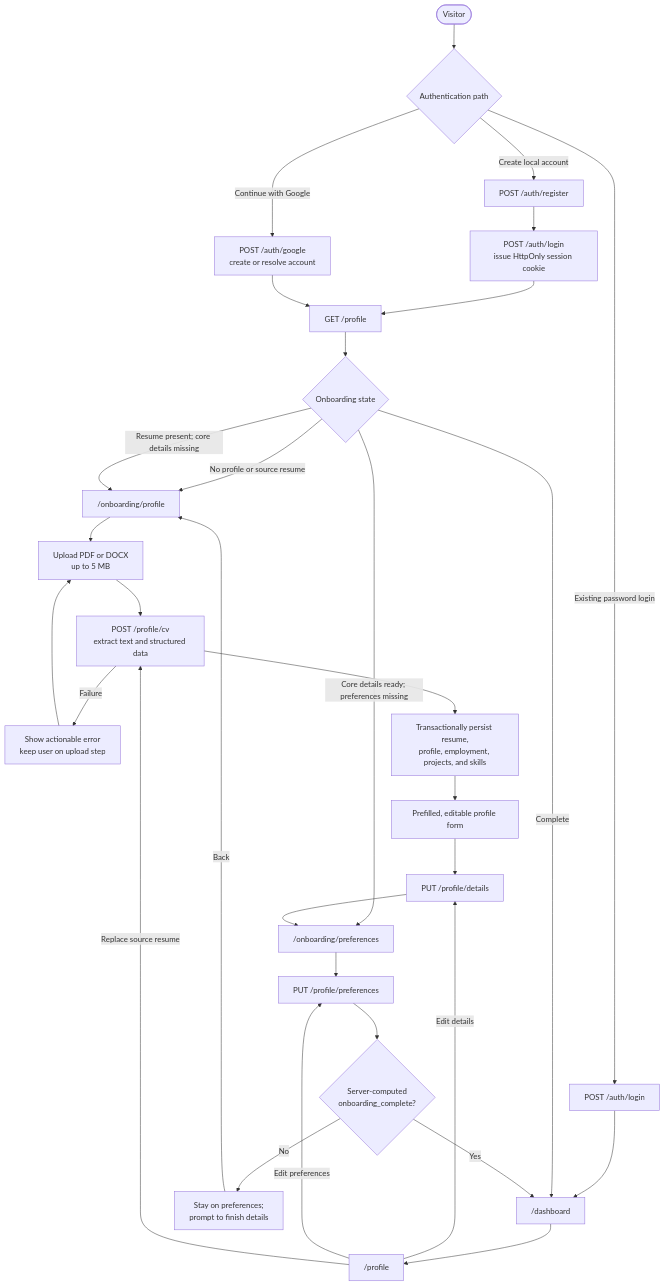
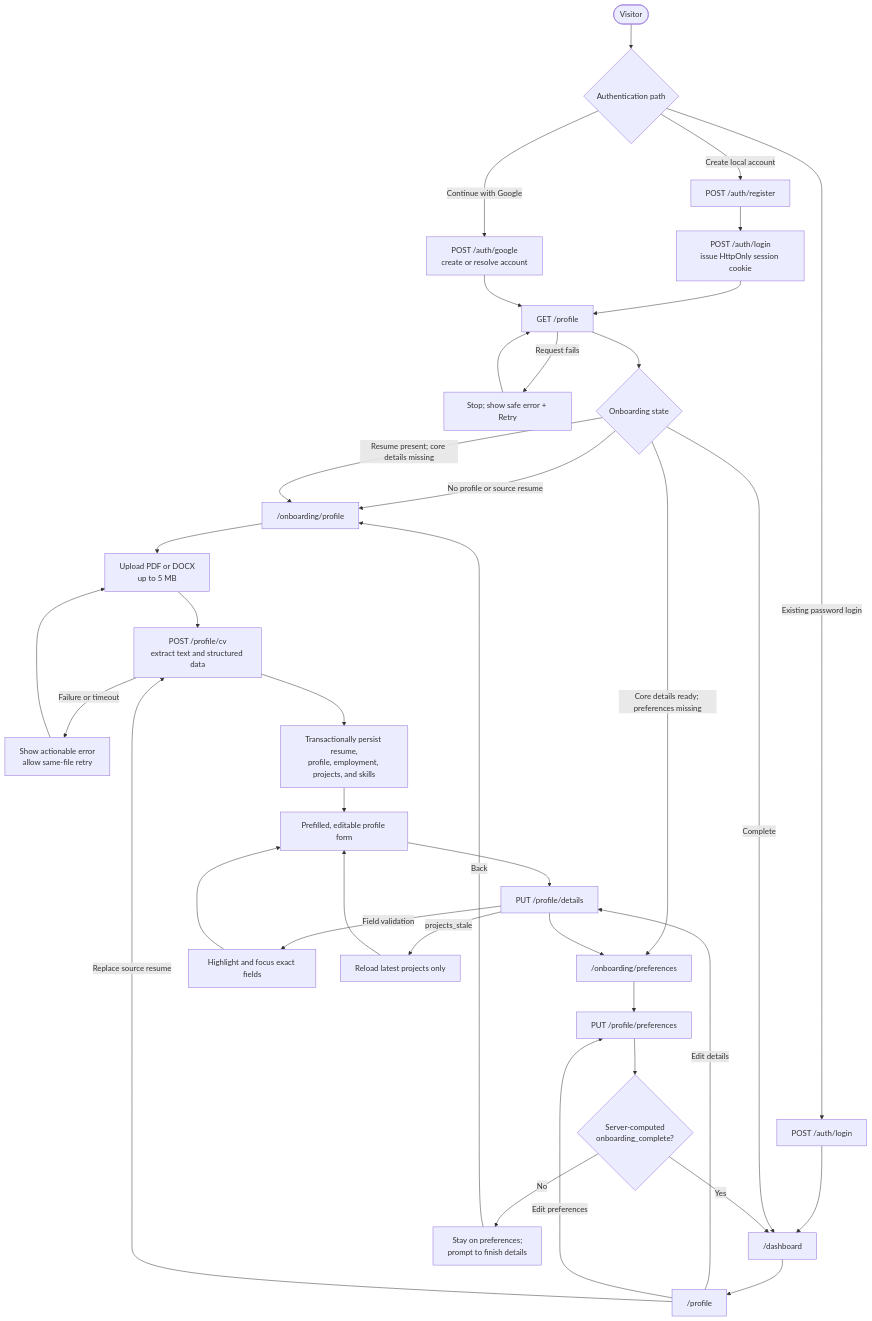
One commit to saimm97/hire-journey changed the diagram in docs/architecture/user-onboarding-flow.md. Above: the diagram before and after it, drawn with Mermaid. The commit also changed other lines of this file and 1 other file, not shown here.

Commit message:
(docs): update documentation for user onboarding

````diff
--- a/docs/architecture/user-onboarding-flow.md
+++ b/docs/architecture/user-onboarding-flow.md
@@ -15,38 +16,44 @@
 ```mermaid
 flowchart TD
     Start([Visitor]) --> Auth{"Authentication path"}
     Auth -->|Create local account| Register["POST /auth/register"]
     Register --> Login["POST /auth/login<br/>issue HttpOnly session cookie"]
     Auth -->|Continue with Google| Google["POST /auth/google<br/>create or resolve account"]
     Auth -->|Existing password login| Existing["POST /auth/login"]
 
     Login --> Lookup["GET /profile"]
     Google --> Lookup
     Existing --> Dashboard["/dashboard"]
 
+    Lookup -->|Request fails| LoadError["Stop; show safe error + Retry"]
+    LoadError --> Lookup
     Lookup --> State{"Onboarding state"}
     State -->|No profile or source resume| ProfileStep["/onboarding/profile"]
     State -->|Resume present; core details missing| ProfileStep
     State -->|Core details ready; preferences missing| Preferences["/onboarding/preferences"]
     State -->|Complete| Dashboard
 
     ProfileStep --> Upload["Upload PDF or DOCX<br/>up to 5 MB"]
     Upload --> Parse["POST /profile/cv<br/>extract text and structured data"]
-    Parse -->|Failure| UploadError["Show actionable error<br/>keep user on upload step"]
+    Parse -->|Failure or timeout| UploadError["Show actionable error<br/>allow same-file retry"]
     UploadError --> Upload
     Parse --> Persist["Transactionally persist resume,<br/>profile, employment, projects, and skills"]
     Persist --> Review["Prefilled, editable profile form"]
     Review --> SaveDetails["PUT /profile/details"]
+    SaveDetails -->|Field validation| InlineErrors["Highlight and focus exact fields"]
+    InlineErrors --> Review
+    SaveDetails -->|projects_stale| ReloadProjects["Reload latest projects only"]
+    ReloadProjects --> Review
     SaveDetails --> Preferences
 
     Preferences --> SavePreferences["PUT /profile/preferences"]
     SavePreferences --> Complete{"Server-computed<br/>onboarding_complete?"}
     Complete -->|No| Incomplete["Stay on preferences;<br/>prompt to finish details"]
     Incomplete -->|Back| ProfileStep
     Complete -->|Yes| Dashboard
 
     Dashboard --> Editor["/profile"]
     Editor -->|Edit details| SaveDetails
     Editor -->|Edit preferences| SavePreferences
     Editor -->|Replace source resume| Parse
 ```
````
